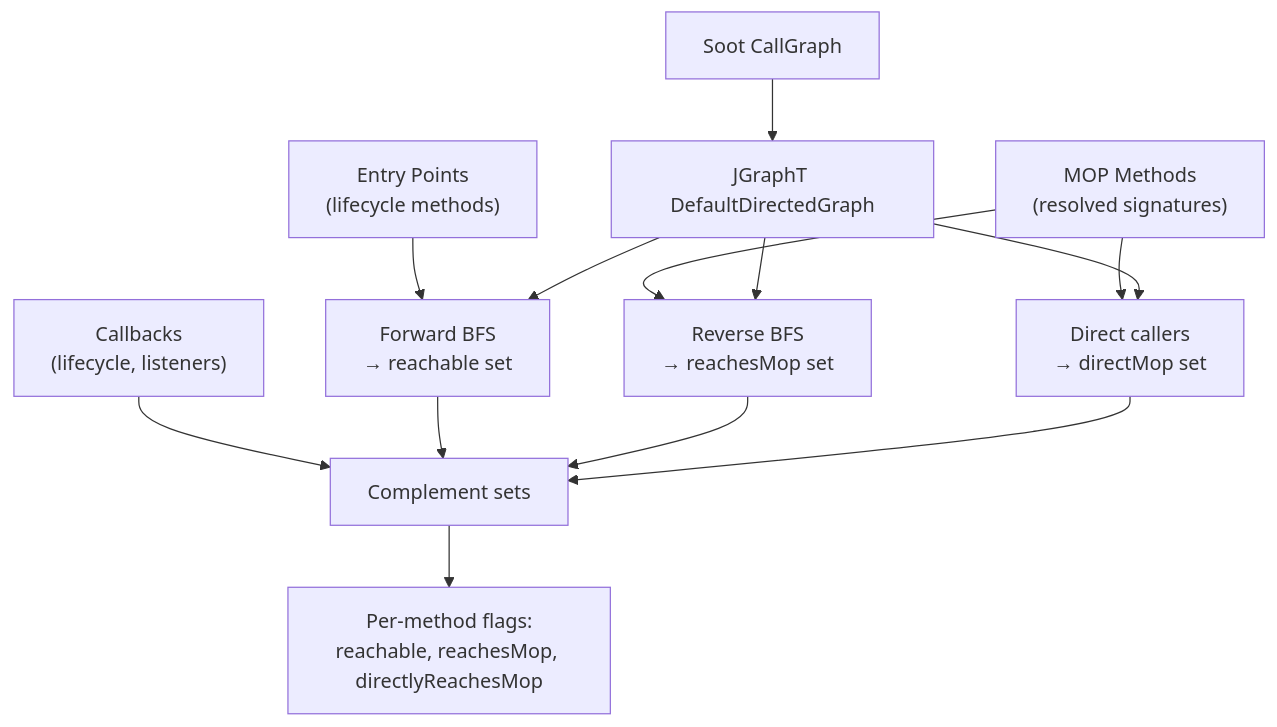
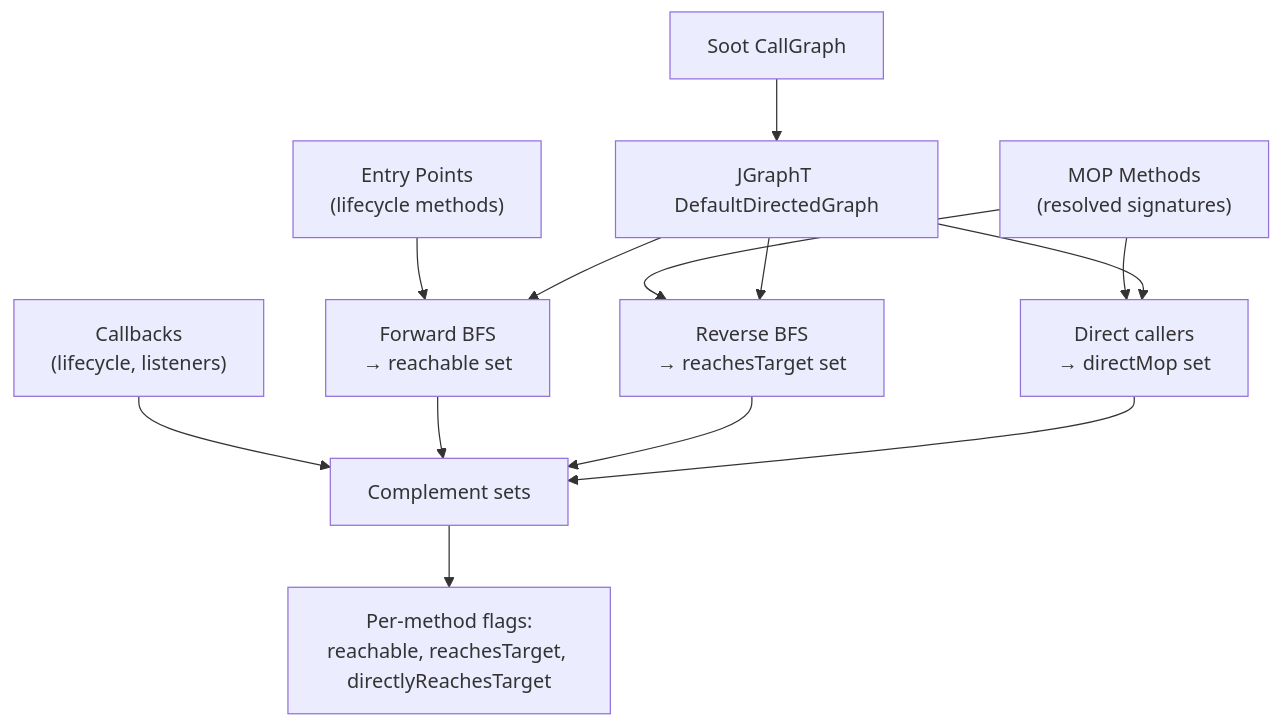
Before and after one commit to PAMunb/rvsec: the third of 4 diagrams in rvsec/rvsec-android/rvsec-gator/client/docs/architecture.md, drawn with Mermaid. The commit also changed other lines of this file and 89 other files, not shown here.

````diff
--- a/rvsec/rvsec-android/rvsec-gator/client/docs/architecture.md
+++ b/rvsec/rvsec-android/rvsec-gator/client/docs/architecture.md
@@ -163,18 +163,18 @@
 ```mermaid
 flowchart TD
     CG["Soot CallGraph"] --> JG["JGraphT DefaultDirectedGraph"]
     EP["Entry Points<br/>(lifecycle methods)"] --> FWD["Forward BFS<br/>→ reachable set"]
-    MOP["MOP Methods<br/>(resolved signatures)"] --> REV["Reverse BFS<br/>→ reachesMop set"]
+    MOP["MOP Methods<br/>(resolved signatures)"] --> REV["Reverse BFS<br/>→ reachesTarget set"]
     MOP --> DIRECT["Direct callers<br/>→ directMop set"]
     CB["Callbacks<br/>(lifecycle, listeners)"] --> COMP["Complement sets"]
 
     JG --> FWD
     JG --> REV
     JG --> DIRECT
 
     FWD --> COMP
     REV --> COMP
     DIRECT --> COMP
 
-    COMP --> JSON["Per-method flags:<br/>reachable, reachesMop, directlyReachesMop"]
+    COMP --> JSON["Per-method flags:<br/>reachable, reachesTarget, directlyReachesTarget"]
 ```
````
